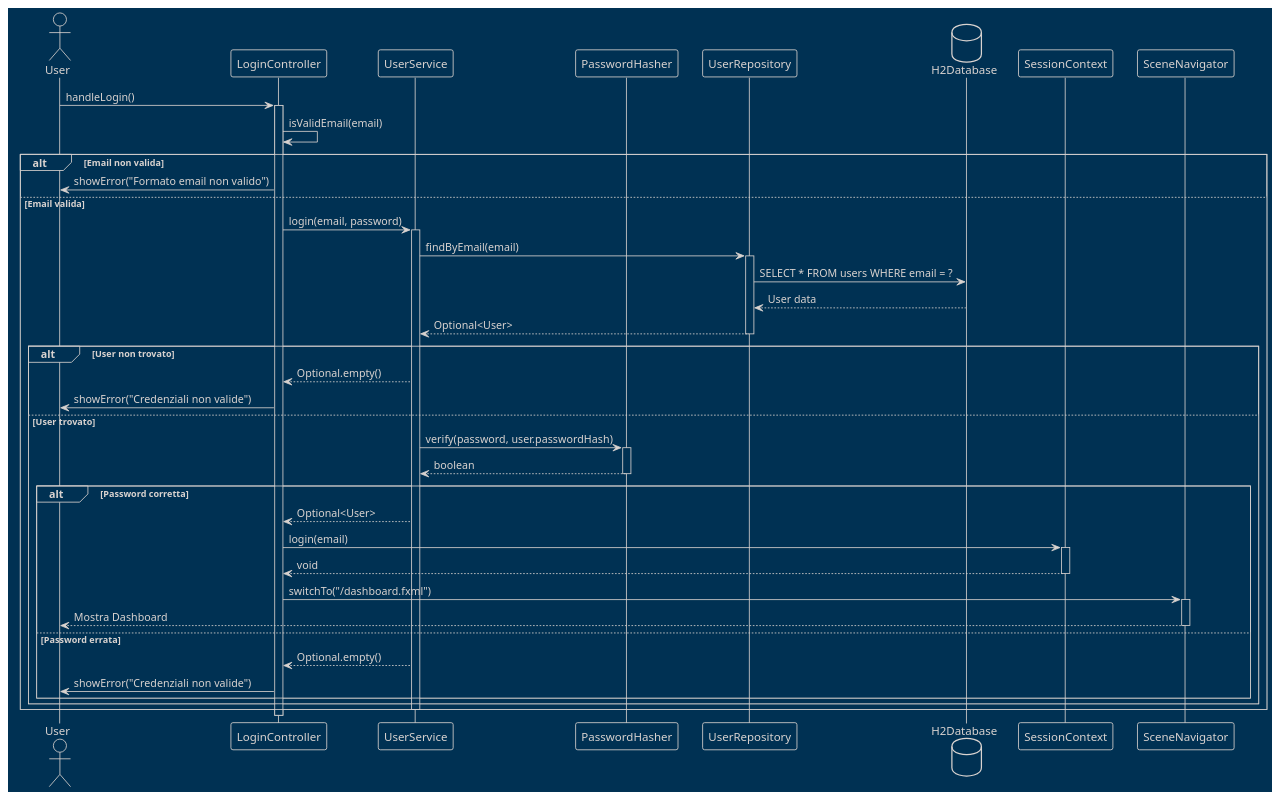
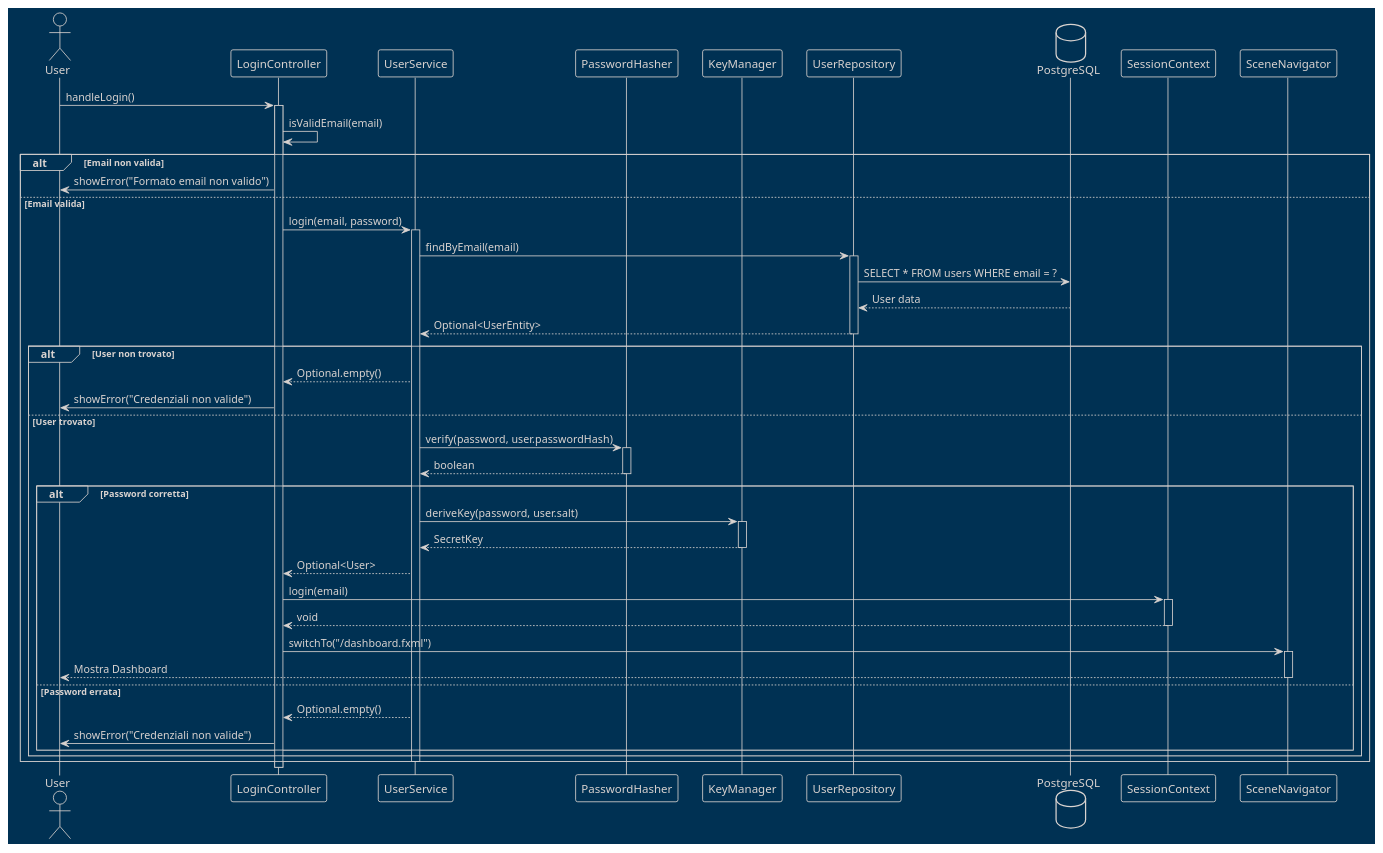
One commit to DaniaCiampalini/SafeCoreProject changed the diagram in docs/uml/sequence-login.puml. Above: the diagram before and after it, drawn with PlantUML. The commit also changed 29 other files, not shown here.

```diff
--- a/docs/uml/sequence-login.puml
+++ b/docs/uml/sequence-login.puml
@@ -1,61 +1,67 @@
 @startuml SafeCore_Login_Sequence
 !theme blueprint
 
 actor User
 participant LoginController
 participant UserService
 participant PasswordHasher
+participant KeyManager
 participant UserRepository
-database H2Database
+database PostgreSQL
 participant SessionContext
 participant SceneNavigator
 
 User -> LoginController: handleLogin()
 activate LoginController
 
 LoginController -> LoginController: isValidEmail(email)
 alt Email non valida
     LoginController -> User: showError("Formato email non valido")
 else Email valida
     LoginController -> UserService: login(email, password)
     activate UserService
 
     UserService -> UserRepository: findByEmail(email)
     activate UserRepository
-    UserRepository -> H2Database: SELECT * FROM users WHERE email = ?
-    H2Database --> UserRepository: User data
-    UserRepository --> UserService: Optional<User>
+    UserRepository -> PostgreSQL: SELECT * FROM users WHERE email = ?
+    PostgreSQL --> UserRepository: User data
+    UserRepository --> UserService: Optional<UserEntity>
     deactivate UserRepository
 
     alt User non trovato
         UserService --> LoginController: Optional.empty()
         LoginController -> User: showError("Credenziali non valide")
     else User trovato
         UserService -> PasswordHasher: verify(password, user.passwordHash)
         activate PasswordHasher
         PasswordHasher --> UserService: boolean
         deactivate PasswordHasher
 
         alt Password corretta
+            UserService -> KeyManager: deriveKey(password, user.salt)
+            activate KeyManager
+            KeyManager --> UserService: SecretKey
+            deactivate KeyManager
+
             UserService --> LoginController: Optional<User>
             LoginController -> SessionContext: login(email)
             activate SessionContext
             SessionContext --> LoginController: void
             deactivate SessionContext
 
             LoginController -> SceneNavigator: switchTo("/dashboard.fxml")
             activate SceneNavigator
             SceneNavigator --> User: Mostra Dashboard
             deactivate SceneNavigator
         else Password errata
             UserService --> LoginController: Optional.empty()
             LoginController -> User: showError("Credenziali non valide")
         end
     end
 
     deactivate UserService
 end
 
 deactivate LoginController
 
 @enduml
```
